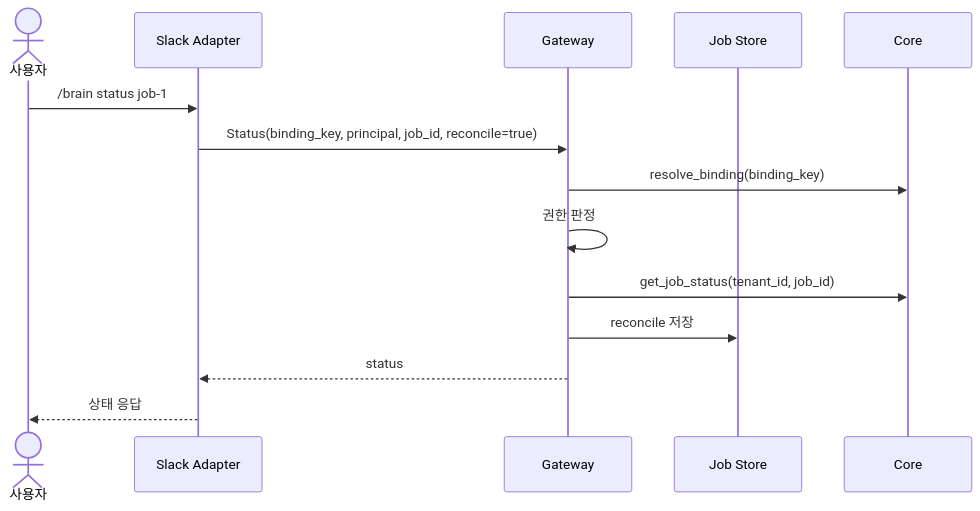
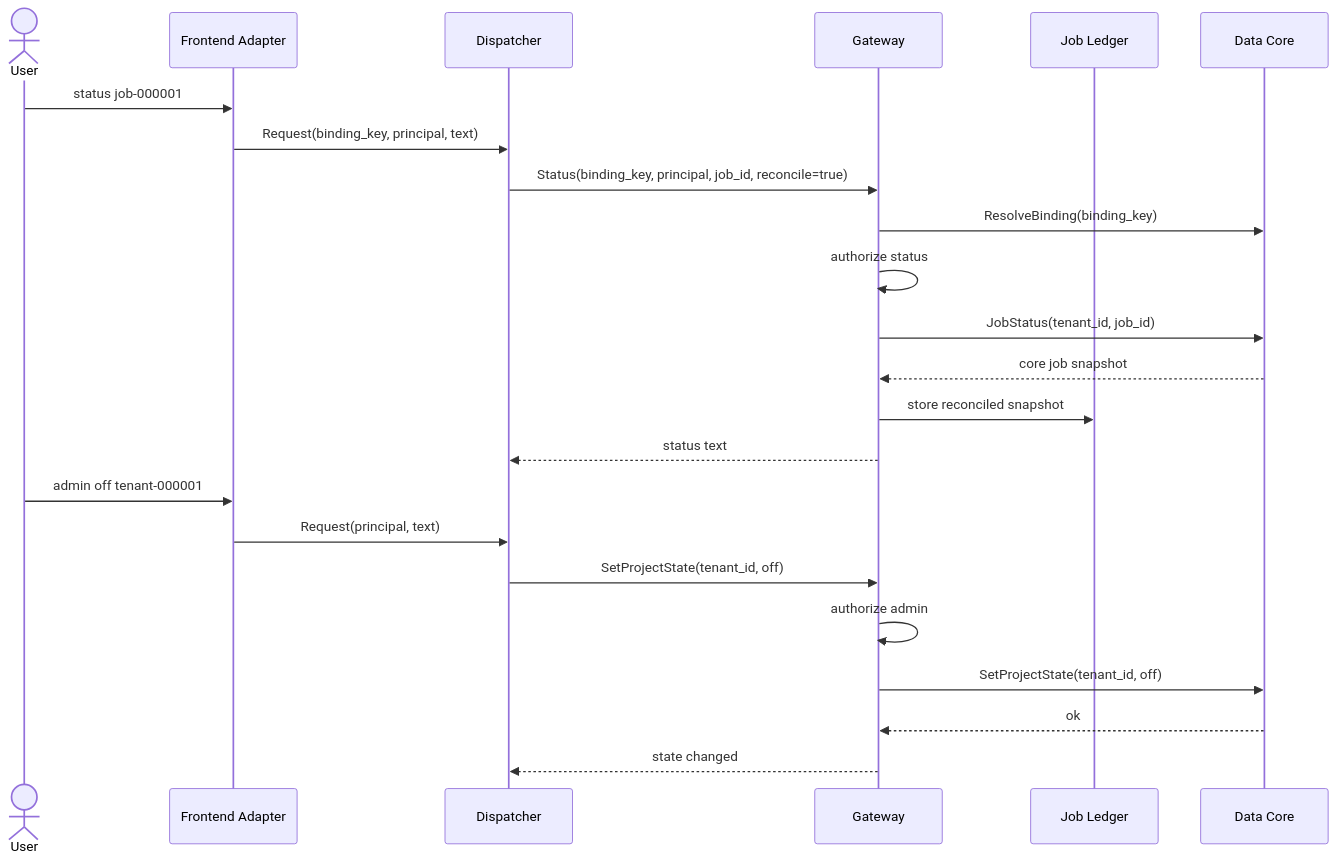
The fourth of 4 diagrams in ARCHITECTURE.md (baekenough/workspace-brain), drawn with Mermaid before and after one commit. The commit also changed other lines of this file and 38 other files, not shown here.

````diff
--- a/ARCHITECTURE.md
+++ b/ARCHITECTURE.md
@@ -101,17 +156,27 @@
 ```mermaid
 sequenceDiagram
-    actor U as 사용자
-    participant S as Slack Adapter
+    actor User
+    participant A as Frontend Adapter
+    participant D as Dispatcher
     participant G as Gateway
-    participant J as Job Store
-    participant C as Core
+    participant J as Job Ledger
+    participant C as Data Core
 
-    U->>S: /brain status job-1
-    S->>G: Status(binding_key, principal, job_id, reconcile=true)
-    G->>C: resolve_binding(binding_key)
-    G->>G: 권한 판정
-    G->>C: get_job_status(tenant_id, job_id)
-    G->>J: reconcile 저장
-    G-->>S: status
-    S-->>U: 상태 응답
+    User->>A: status job-000001
+    A->>D: Request(binding_key, principal, text)
+    D->>G: Status(binding_key, principal, job_id, reconcile=true)
+    G->>C: ResolveBinding(binding_key)
+    G->>G: authorize status
+    G->>C: JobStatus(tenant_id, job_id)
+    C-->>G: core job snapshot
+    G->>J: store reconciled snapshot
+    G-->>D: status text
+
+    User->>A: admin off tenant-000001
+    A->>D: Request(principal, text)
+    D->>G: SetProjectState(tenant_id, off)
+    G->>G: authorize admin
+    G->>C: SetProjectState(tenant_id, off)
+    C-->>G: ok
+    G-->>D: state changed
 ```
````
